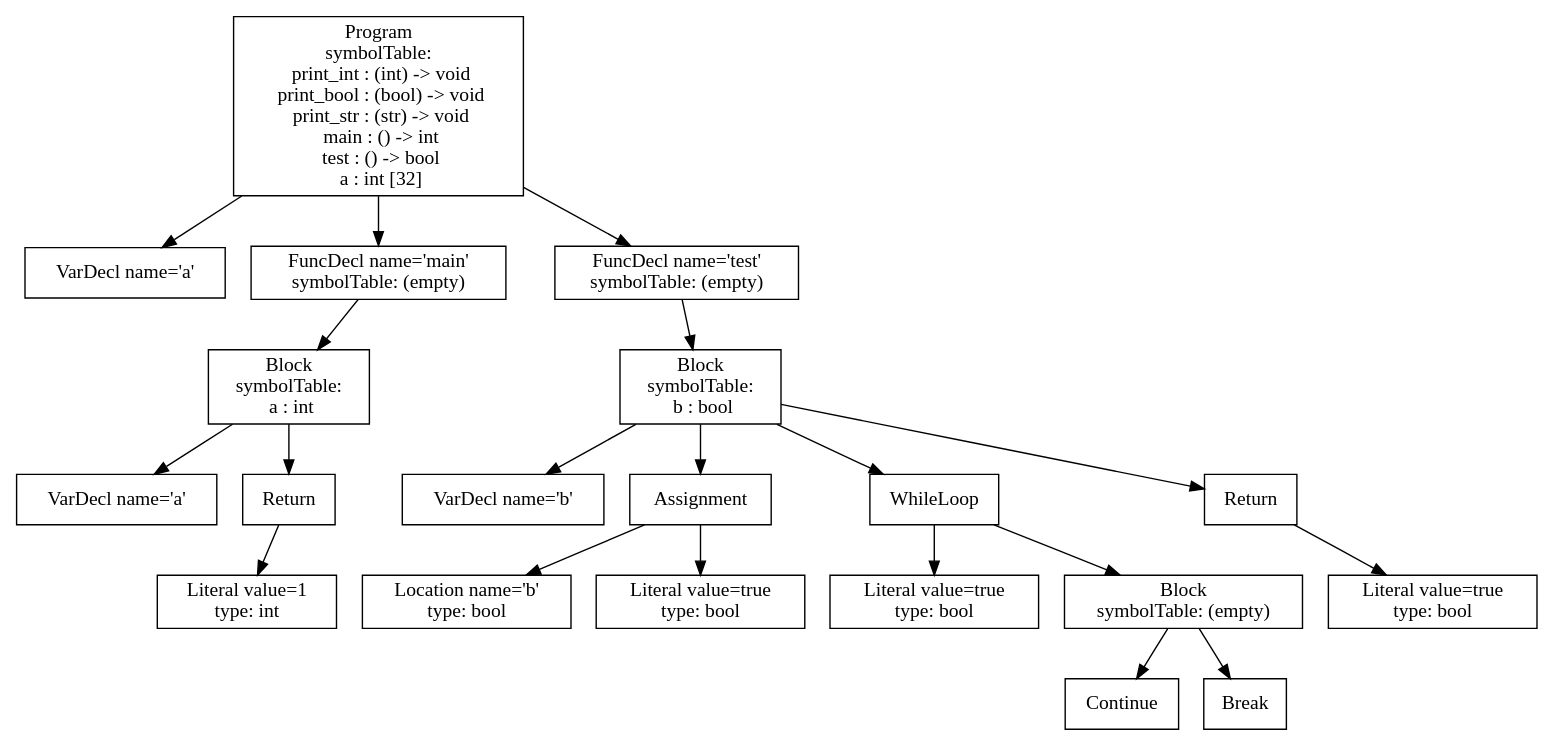
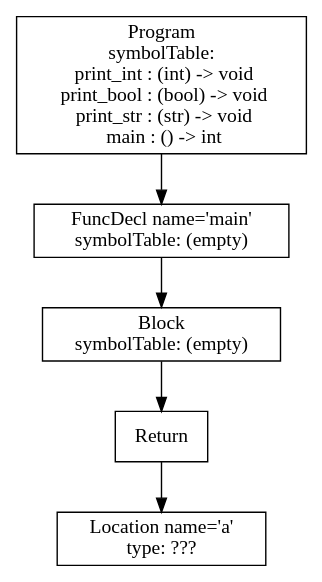
Before and after one commit to purejerome/cs432_project: the diagram in p3-analysis/tree.dot, drawn with Graphviz. The commit also changed 10 other files, not shown here.

```diff
--- a/p3-analysis/tree.dot
+++ b/p3-analysis/tree.dot
@@ -1,41 +1,11 @@
 digraph AST {
-1 [shape=box, label="VarDecl name='a'"];
-4 [shape=box, label="VarDecl name='a'"];
-6 [shape=box, label="Literal value=1\ntype: int"];
-5 [shape=box, label="Return"];
-5 -> 6;
-3 [shape=box, label="Block\nsymbolTable: \n  a : int"];
+4 [shape=box, label="Location name='a'\ntype: ???"];
+3 [shape=box, label="Return"];
 3 -> 4;
-3 -> 5;
-2 [shape=box, label="FuncDecl name='main'\nsymbolTable: (empty)"];
+2 [shape=box, label="Block\nsymbolTable: (empty)"];
 2 -> 3;
-9 [shape=box, label="VarDecl name='b'"];
-11 [shape=box, label="Location name='b'\ntype: bool"];
-12 [shape=box, label="Literal value=true\ntype: bool"];
-10 [shape=box, label="Assignment"];
-10 -> 11;
-10 -> 12;
-14 [shape=box, label="Literal value=true\ntype: bool"];
-16 [shape=box, label="Continue"];
-17 [shape=box, label="Break"];
-15 [shape=box, label="Block\nsymbolTable: (empty)"];
-15 -> 16;
-15 -> 17;
-13 [shape=box, label="WhileLoop"];
-13 -> 14;
-13 -> 15;
-19 [shape=box, label="Literal value=true\ntype: bool"];
-18 [shape=box, label="Return"];
-18 -> 19;
-8 [shape=box, label="Block\nsymbolTable: \n  b : bool"];
-8 -> 9;
-8 -> 10;
-8 -> 13;
-8 -> 18;
-7 [shape=box, label="FuncDecl name='test'\nsymbolTable: (empty)"];
-7 -> 8;
-0 [shape=box, label="Program\nsymbolTable: \n  print_int : (int) -> void\n  print_bool : (bool) -> void\n  print_str : (str) -> void\n  main : () -> int\n  test : () -> bool\n  a : int [32]"];
+1 [shape=box, label="FuncDecl name='main'\nsymbolTable: (empty)"];
+1 -> 2;
+0 [shape=box, label="Program\nsymbolTable: \n  print_int : (int) -> void\n  print_bool : (bool) -> void\n  print_str : (str) -> void\n  main : () -> int"];
 0 -> 1;
-0 -> 2;
-0 -> 7;
 }
```
